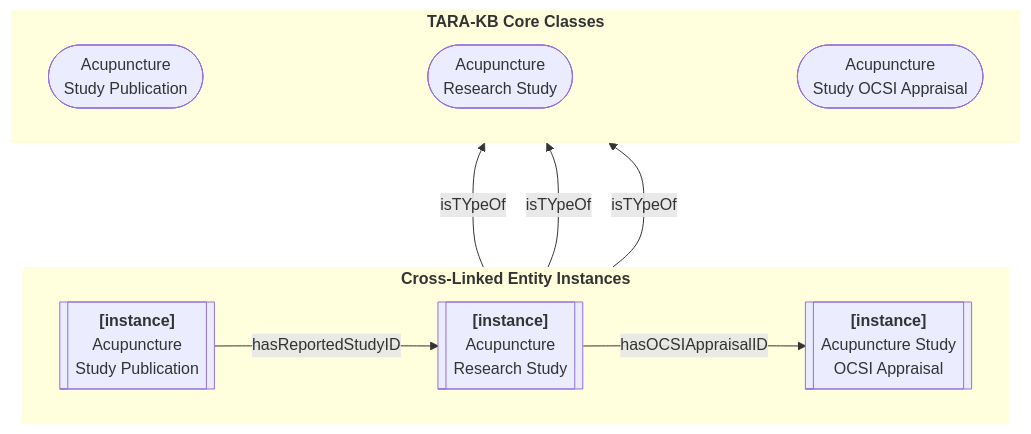
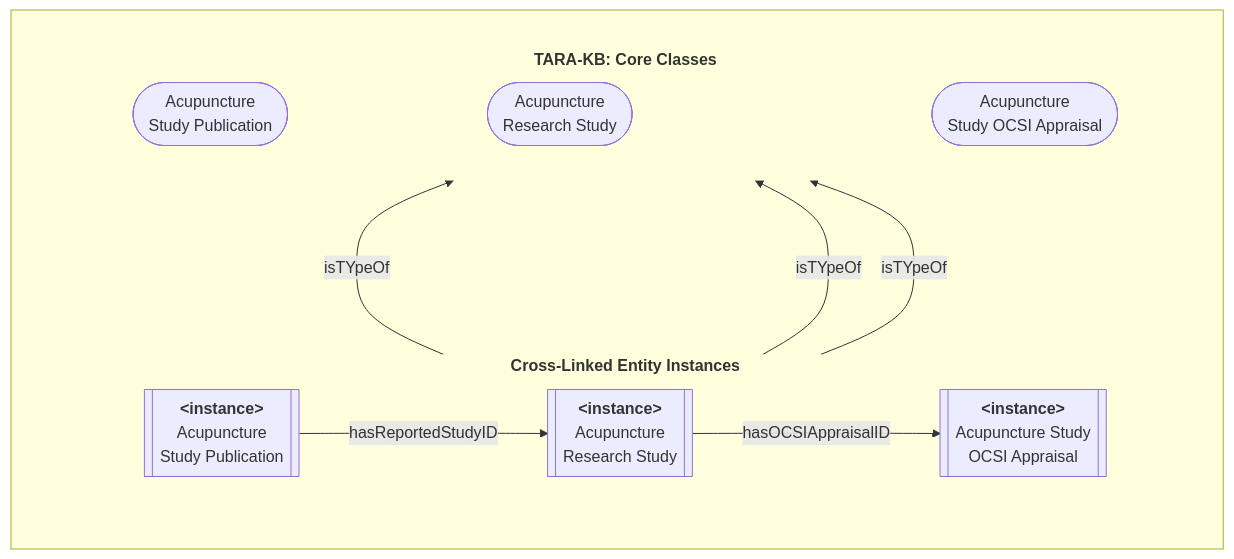
The second of 6 diagrams in ontology-files/base/articles-kb/articles-kb-core/README.md (smtifahim/TARA-Ontology-Repository), drawn with Mermaid before and after one commit.

````diff
--- a/ontology-files/base/articles-kb/articles-kb-core/README.md
+++ b/ontology-files/base/articles-kb/articles-kb-core/README.md
@@ -44,25 +44,34 @@
 ```mermaid
 flowchart TB
  style INSTANCES stroke:transparent
  style CLASSES stroke:#0000,stroke-width:0px
+ 
+ subgraph Class_Instance[" "]
+ PUB_ENT[["<b>&lt;instance&gt;</b><br>Acupuncture<br>Study Publication"]]:::field
+ STUDY_ENT[["<b>&lt;instance&gt;</b><br>Acupuncture<br>Research Study"]]:::field
+ OCSI_ENT[["<b>&lt;instance&gt;</b><br>Acupuncture Study<br>OCSI Appraisal"]]:::field
+
+ PubClass(["Acupuncture<br>Study Publication"]):::field
+ StudyClass(["Acupuncture<br>Research Study"]):::field
+ OCSIClass(["Acupuncture<br>Study OCSI Appraisal"]):::field
+
+ PUB_ENT -- isTYpeOf --> PubClass
+ STUDY_ENT -- isTYpeOf --> StudyClass
+ OCSI_ENT -- isTYpeOf --> OCSIClass  
+
+ direction TB
  subgraph INSTANCES["<b>Cross-Linked Entity Instances</b>"]
+    direction LR    
+    PUB_ENT -- hasReportedStudyID --> STUDY_ENT
+    STUDY_ENT -- hasOCSIAppraisalID --> OCSI_ENT
+  end
+ subgraph CLASSES["<b>TARA-KB: Core Classes</b>"]
     direction LR
-        PUB_ENT[["<b>[instance]</b><br>Acupuncture<br>Study Publication"]]:::field
-        STUDY_ENT[["<b>[instance]</b><br>Acupuncture<br>Research Study"]]:::field
-        OCSI_ENT[["<b>[instance]</b><br>Acupuncture Study<br>OCSI Appraisal"]]:::field
-        PUB_ENT -- hasReportedStudyID --> STUDY_ENT
-        STUDY_ENT -- hasOCSIAppraisalID --> OCSI_ENT
-  end
- subgraph CLASSES["<b>TARA-KB Core Classes</b>"]
-    direction LR
-        PubClass(["Acupuncture<br>Study Publication"]):::field
-        StudyClass(["Acupuncture<br>Research Study"]):::field
-        OCSIClass(["Acupuncture<br>Study OCSI Appraisal"]):::field
-        PubClass ~~~~~ StudyClass
-        StudyClass ~~~~~ OCSIClass
+    PubClass ~~~~ StudyClass
+    StudyClass ~~~~~ OCSIClass
   end
     CLASSES ~~~~ INSTANCES
-    PUB_ENT -- isTYpeOf --> PubClass
-    STUDY_ENT -- isTYpeOf --> StudyClass
-    OCSI_ENT -- isTYpeOf --> OCSIClass
+
+end
+
 ```
````
